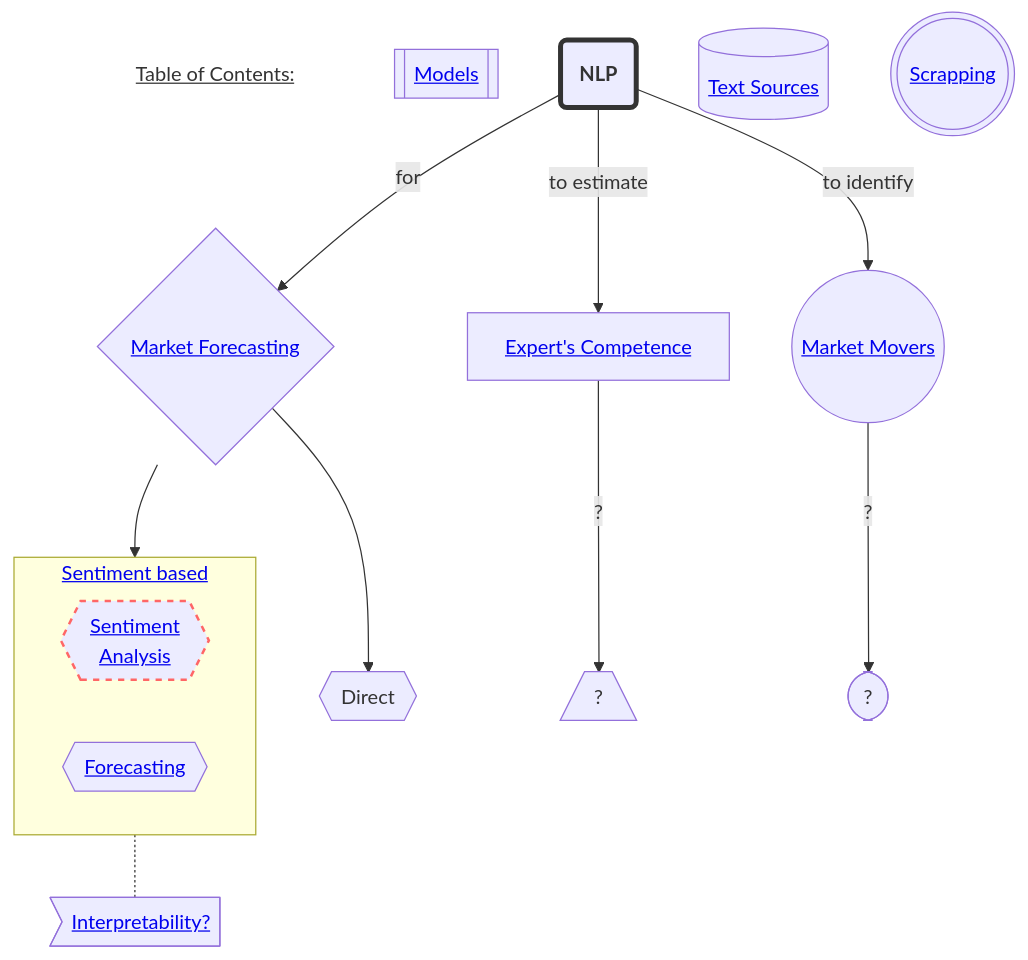
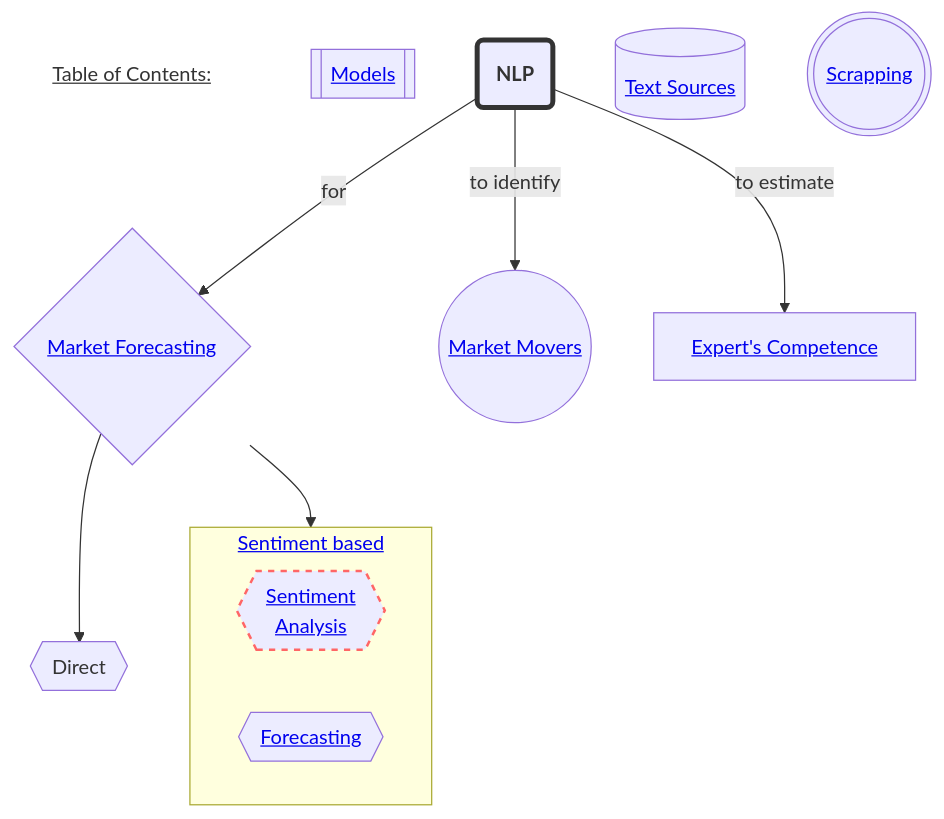
The first of 3 diagrams in README.md (completelyboofyblitzed/STOCK-MARKET-NLP), drawn with Mermaid before and after one commit. The commit also changed other lines of this file, not shown here.

````diff
--- a/README.md
+++ b/README.md
@@ -9,44 +9,44 @@
 ```mermaid
 %%{init: {"theme": "default","fontFamily": "cursive", "sequence": { "securityLevel":"loose" }}}%%
 graph TD
     title[<u>Table of Contents:</u>]
     title---F
     style title fill:#FFF,stroke:#FFF
     linkStyle 0 stroke:#FFF,stroke-width:0;
 
     %%FirstStep-->...
     %%classDef containers fill:#E6E1F7
     
     %% styling the nodes and arrors https://dompl.medium.com/produce-great-looking-flowcharts-in-seconds-7f3bea64f2e2
     %% mermaid editor https://mermaid.live
     Mo[[<a href='https://github.com/completelyboofyblitzed/NLP-in-STOCK-MARKET/blob/main/README.md#models'>Models</a>]]
     A(<b>NLP</b>) -->|for| F{<a href='https://github.com/completelyboofyblitzed/NLP-in-STOCK-MARKET/blob/main/README.md#market-forecasting'>Market Forecasting</a>} 
     
     style A stroke:#333,stroke-width:4px
     subgraph MF [<a href='https://github.com/completelyboofyblitzed/NLP-in-STOCK-MARKET/blob/main/README.md#sentiment-based' >Sentiment based</a>]
     Se{{<a href='https://github.com/completelyboofyblitzed/NLP-in-STOCK-MARKET/blob/main/README.md#sentiment-analysis'>Sentiment<br>Analysis</a>}}
     Fc{{<a href='https://github.com/completelyboofyblitzed/NLP-in-STOCK-MARKET/blob/main/README.md#forecasting'>Forecasting</a>}}
     %% Al{{?}}
     end
 
     
     Ts[(<a href='https://github.com/completelyboofyblitzed/NLP-in-STOCK-MARKET/blob/main/README.md#text-sources'>Text Sources</a>)]
     
     %% Se<-.-Mo
     %% Fc<-.-Al[[<a href='https://github.com/completelyboofyblitzed/NLP-in-STOCK-MARKET/blob/main/README.md#algorithms'>Algorithms</a>]]
     F--> Di{{Direct}}
 
     Sc(((<a href='https://github.com/completelyboofyblitzed/NLP-in-STOCK-MARKET/blob/main/README.md#scrapping'>Scrapping</a>)))
+    A -->|to identify| M((<a href='https://github.com/completelyboofyblitzed/NLP-in-STOCK-MARKET/blob/main/README.md#market-movers-identification'>Market Movers</a>))
     A -->|to estimate| E[<a href='https://github.com/completelyboofyblitzed/NLP-in-STOCK-MARKET/blob/main/README.md#experts-competence-estimation'>Expert's Competence</a>]
-    A -->|to identify| M((<a href='https://github.com/completelyboofyblitzed/NLP-in-STOCK-MARKET/blob/main/README.md#market-movers-identification'>Market Movers</a>))
     F -->|"  "| MF{{?}}
-    style Se stroke:#f66,stroke-width:2px,color:#fff,stroke-dasharray: 5 5,text-decoration: none
-    E -->|?| V[/?\]
-    M -->|?| Q([?])
-    I><a href='https://github.com/completelyboofyblitzed/NLP-in-STOCK-MARKET/blob/main/README.md#interpretability'>Interpretability?</a>]
+    style Se stroke:#f66,stroke-width:2px,stroke-dasharray: 5 5,text-decoration: none
+   
+    
+    %%I><a href='https://github.com/completelyboofyblitzed/NLP-in-STOCK-MARKET/blob/main/README.md#interpretability'>Interpretability?</a>]
     %%V<-.-I
     %%Q<-.-I
     %%Di<-.-I
-    MF<-.-I
+    %%MF<-.-I
     %% class A,B,F,E,E,M,F,Q containers;
 ```
````
